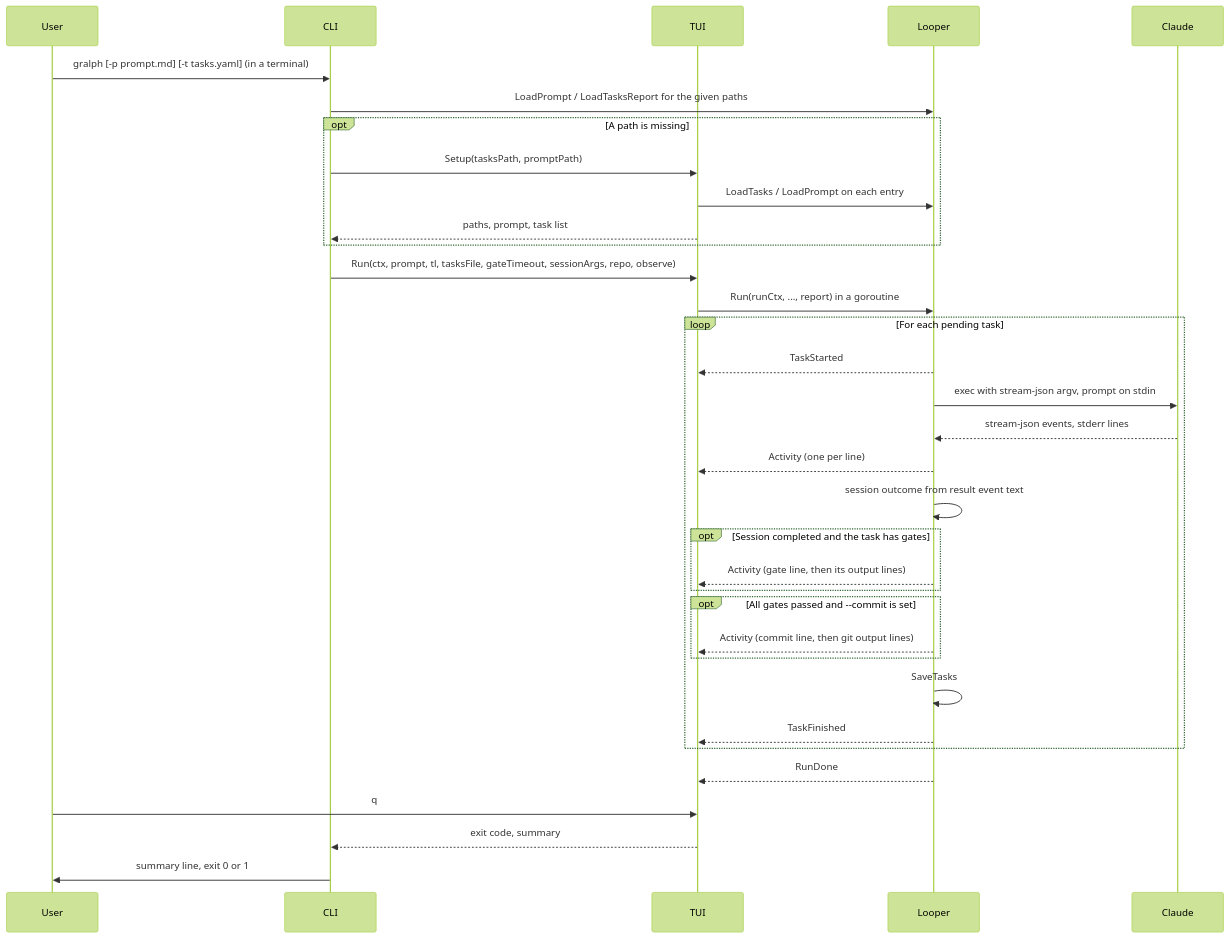
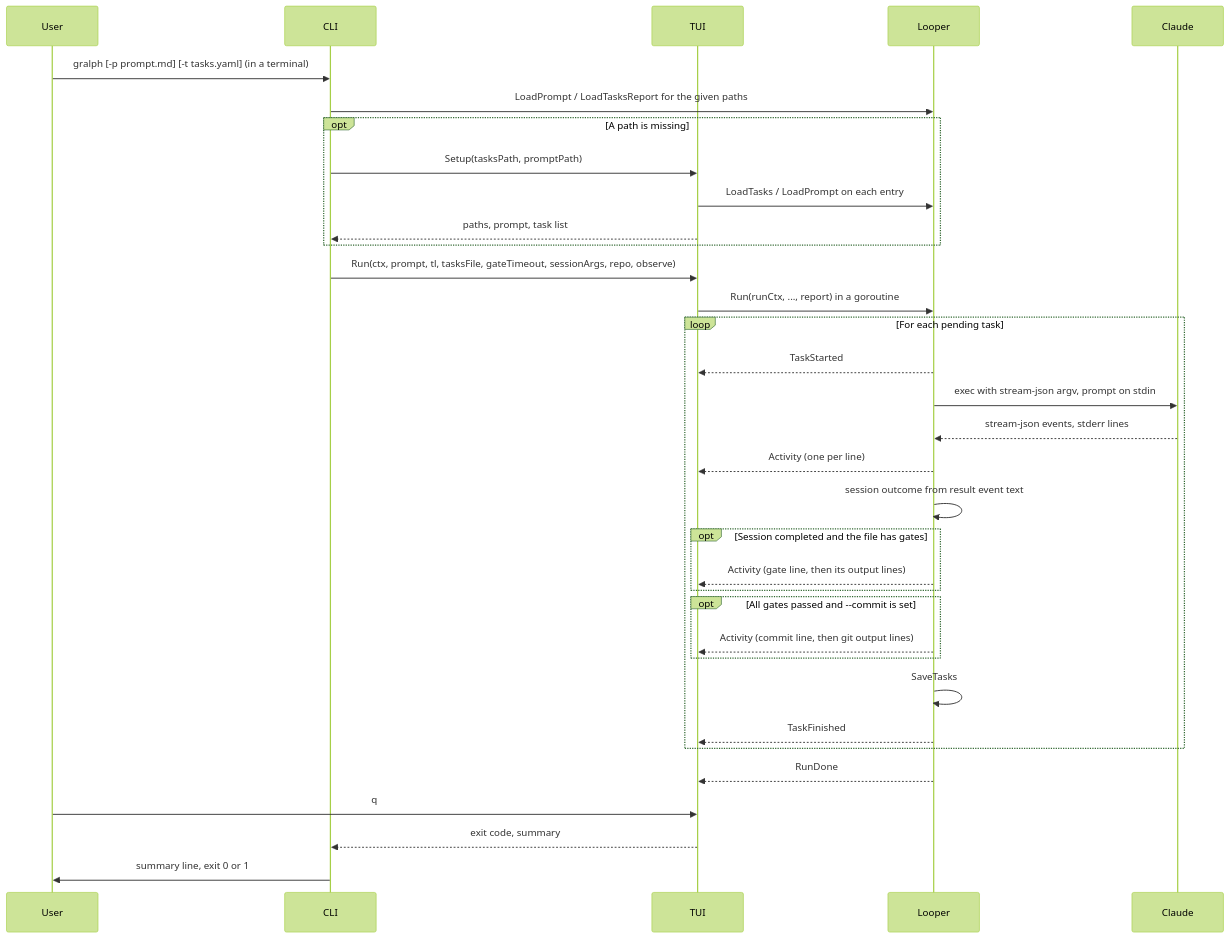
The third of 6 diagrams in docs/architecture/03_system_architecture.md (twistingmercury/gralph), drawn with Mermaid (forest theme) before and after one commit. The commit also changed other lines of this file and 5 other files, not shown here.

````diff
--- a/docs/architecture/03_system_architecture.md
+++ b/docs/architecture/03_system_architecture.md
@@ -347,37 +348,37 @@
 ```mermaid
 sequenceDiagram
     participant User
     participant CLI
     participant TUI
     participant Looper
     participant Claude
 
     User->>CLI: gralph [-p prompt.md] [-t tasks.yaml] (in a terminal)
     CLI->>Looper: LoadPrompt / LoadTasksReport for the given paths
     opt A path is missing
         CLI->>TUI: Setup(tasksPath, promptPath)
         TUI->>Looper: LoadTasks / LoadPrompt on each entry
         TUI-->>CLI: paths, prompt, task list
     end
     CLI->>TUI: Run(ctx, prompt, tl, tasksFile, gateTimeout, sessionArgs, repo, observe)
     TUI->>Looper: Run(runCtx, ..., report) in a goroutine
     loop For each pending task
         Looper-->>TUI: TaskStarted
         Looper->>Claude: exec with stream-json argv, prompt on stdin
         Claude-->>Looper: stream-json events, stderr lines
         Looper-->>TUI: Activity (one per line)
         Looper->>Looper: session outcome from result event text
-        opt Session completed and the task has gates
+        opt Session completed and the file has gates
             Looper-->>TUI: Activity (gate line, then its output lines)
         end
         opt All gates passed and --commit is set
             Looper-->>TUI: Activity (commit line, then git output lines)
         end
         Looper->>Looper: SaveTasks
         Looper-->>TUI: TaskFinished
     end
     Looper-->>TUI: RunDone
     User->>TUI: q
     TUI-->>CLI: exit code, summary
     CLI->>User: summary line, exit 0 or 1
 ```
````
